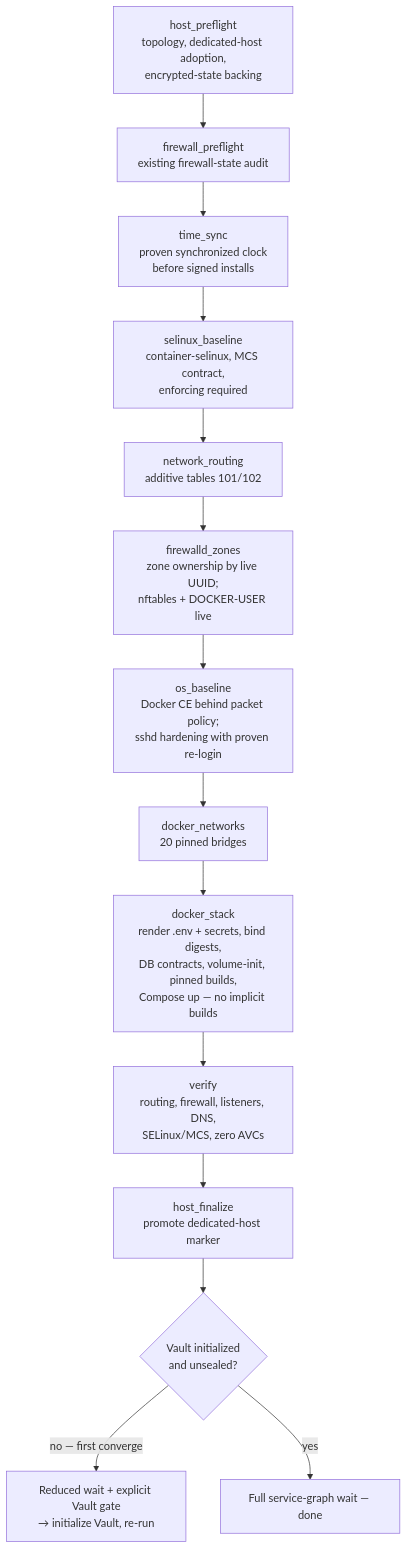
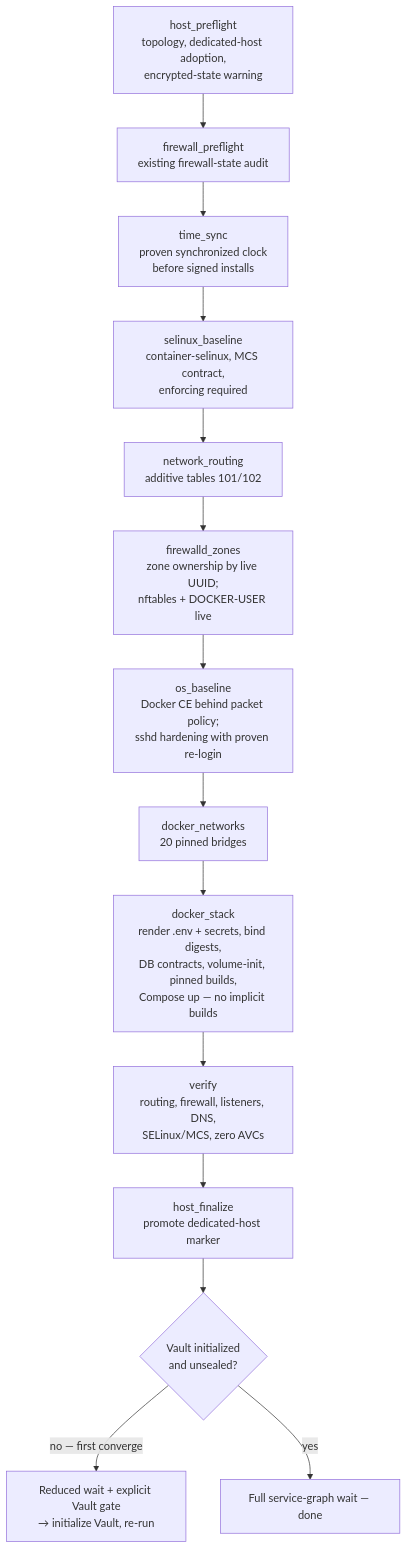
The tenth of 14 diagrams in docs/architecture-diagrams.md (derhornspieler/ai-gateway), drawn with Mermaid before and after one commit. The commit also changed other lines of this file, not shown here.

Commit message:
docs(diagrams): align all architecture flows

````diff
--- a/docs/architecture-diagrams.md
+++ b/docs/architecture-diagrams.md
@@ -313,16 +315,16 @@
 ```mermaid
 flowchart TD
-  R1[host_preflight<br/>topology, dedicated-host adoption,<br/>encrypted-state backing] --> R1b[firewall_preflight<br/>existing firewall-state audit]
+  R1[host_preflight<br/>topology, dedicated-host adoption,<br/>encrypted-state warning] --> R1b[firewall_preflight<br/>existing firewall-state audit]
   R1b --> R1c[time_sync<br/>proven synchronized clock<br/>before signed installs]
   R1c --> R2[selinux_baseline<br/>container-selinux, MCS contract,<br/>enforcing required]
   R2 --> R3[network_routing<br/>additive tables 101/102]
   R3 --> R4[firewalld_zones<br/>zone ownership by live UUID;<br/>nftables + DOCKER-USER live]
   R4 --> R5[os_baseline<br/>Docker CE behind packet policy;<br/>sshd hardening with proven re-login]
   R5 --> R6[docker_networks<br/>20 pinned bridges]
   R6 --> R7[docker_stack<br/>render .env + secrets, bind digests,<br/>DB contracts, volume-init, pinned builds,<br/>Compose up — no implicit builds]
   R7 --> R8[verify<br/>routing, firewall, listeners, DNS,<br/>SELinux/MCS, zero AVCs]
   R8 --> R9[host_finalize<br/>promote dedicated-host marker]
   R9 --> GATE{Vault initialized<br/>and unsealed?}
   GATE -- no — first converge --> WAIT[Reduced wait + explicit Vault gate<br/>→ initialize Vault, re-run]
   GATE -- yes --> FULL[Full service-graph wait — done]
 ```
````
